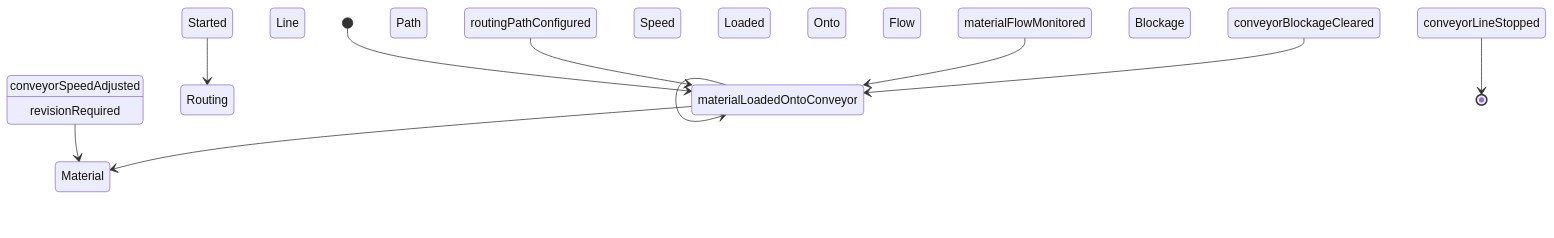
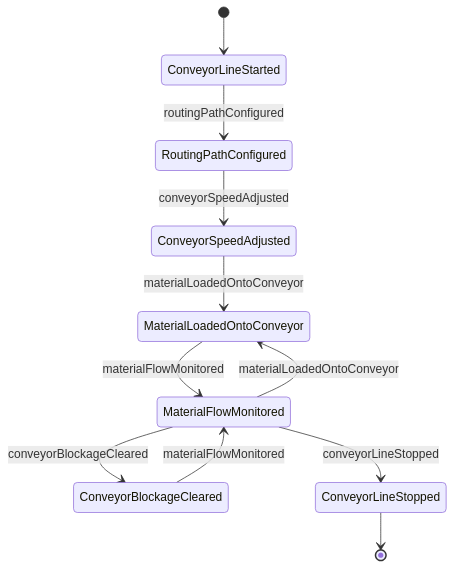
Before and after one commit to dot-org-ai/tasks.org.ai: the second of 4 diagrams in ControllingMachinesAndProcesses/OperateIndustrialProcessingOrProductionEquipment/OperateConveyorsIndustrialMaterialMoving.mdx, drawn with Mermaid. The commit also changed other lines of this file and 515 other files, not shown here.

````diff
--- a/ControllingMachinesAndProcesses/OperateIndustrialProcessingOrProductionEquipment/OperateConveyorsIndustrialMaterialMoving.mdx
+++ b/ControllingMachinesAndProcesses/OperateIndustrialProcessingOrProductionEquipment/OperateConveyorsIndustrialMaterialMoving.mdx
@@ -98,12 +98,13 @@
 ```mermaid
 stateDiagram-v2
-    [*] --> Conveyor Line Started
-    Conveyor Line Started --> Routing Path Configured : routingPathConfigured
-    Routing Path Configured --> Conveyor Speed Adjusted : conveyorSpeedAdjusted
-    Conveyor Speed Adjusted --> Material Loaded Onto Conveyor : materialLoadedOntoConveyor
-    Material Loaded Onto Conveyor --> Material Flow Monitored : materialFlowMonitored
-    Material Flow Monitored --> Conveyor Blockage Cleared : conveyorBlockageCleared
-    Conveyor Blockage Cleared --> Conveyor Line Stopped : conveyorLineStopped
-    Material Loaded Onto Conveyor --> Conveyor Speed Adjusted : revisionRequired
-    Conveyor Line Stopped --> [*]
+    [*] --> ConveyorLineStarted
+    ConveyorLineStarted --> RoutingPathConfigured : routingPathConfigured
+    RoutingPathConfigured --> ConveyorSpeedAdjusted : conveyorSpeedAdjusted
+    ConveyorSpeedAdjusted --> MaterialLoadedOntoConveyor : materialLoadedOntoConveyor
+    MaterialLoadedOntoConveyor --> MaterialFlowMonitored : materialFlowMonitored
+    MaterialFlowMonitored --> ConveyorBlockageCleared : conveyorBlockageCleared
+    ConveyorBlockageCleared --> MaterialFlowMonitored : materialFlowMonitored
+    MaterialFlowMonitored --> MaterialLoadedOntoConveyor : materialLoadedOntoConveyor
+    MaterialFlowMonitored --> ConveyorLineStopped : conveyorLineStopped
+    ConveyorLineStopped --> [*]
 ```
````
